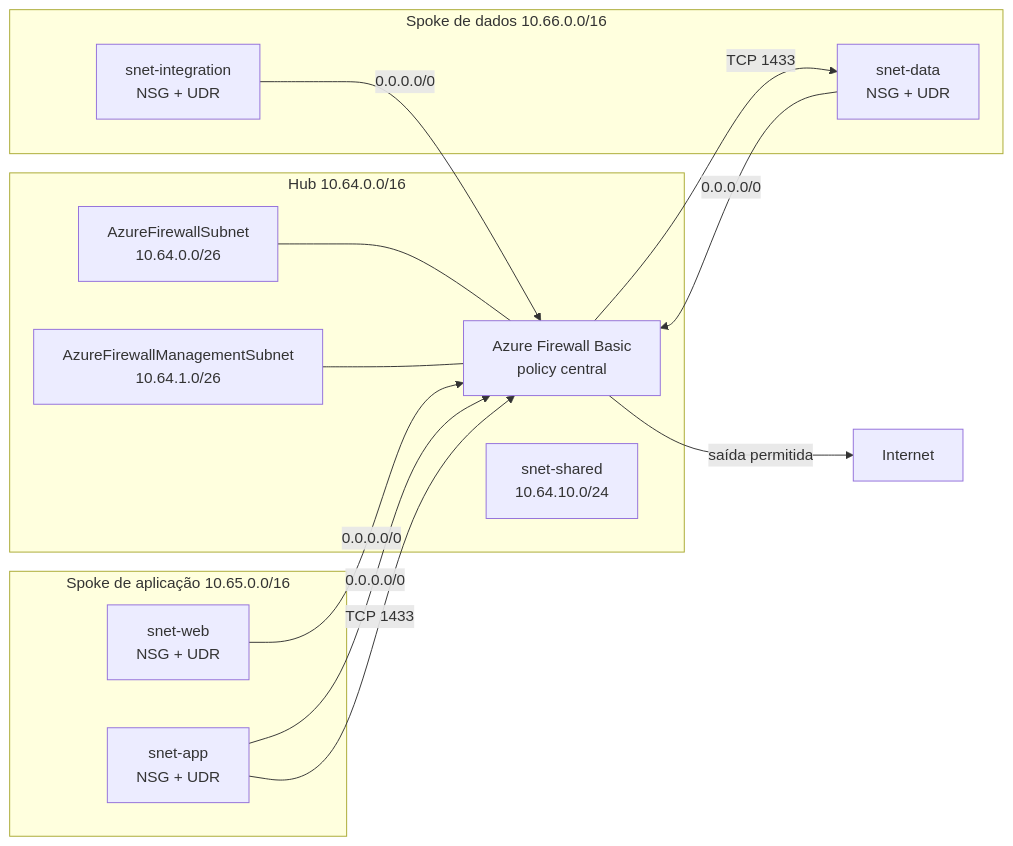
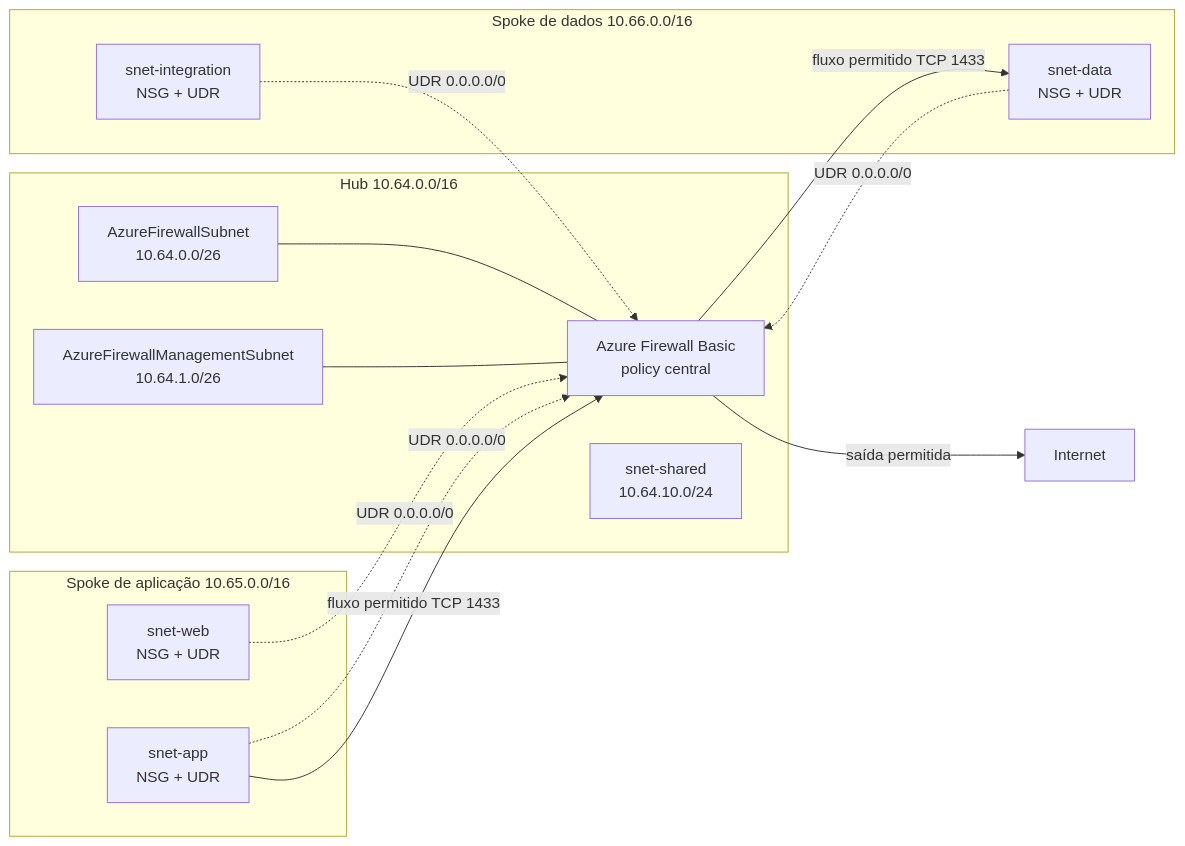
The diagram in src/content/posts/pt-br/rede-hub-and-spoke-azure-terraform-parte-3.md (tkusal/rookieops.dev), drawn with Mermaid before and after one commit. The commit also changed other lines of this file and 2 other files, not shown here.

````diff
--- a/src/content/posts/pt-br/rede-hub-and-spoke-azure-terraform-parte-3.md
+++ b/src/content/posts/pt-br/rede-hub-and-spoke-azure-terraform-parte-3.md
@@ -38,31 +38,31 @@
 ```mermaid
 flowchart LR
   I["Internet"]
 
   subgraph HUB["Hub 10.64.0.0/16"]
     AFW["Azure Firewall Basic<br/>policy central"]
     AFS["AzureFirewallSubnet<br/>10.64.0.0/26"]
     AFM["AzureFirewallManagementSubnet<br/>10.64.1.0/26"]
     SH["snet-shared<br/>10.64.10.0/24"]
     AFS --- AFW
     AFM --- AFW
   end
 
   subgraph APP["Spoke de aplicação 10.65.0.0/16"]
     WEB["snet-web<br/>NSG + UDR"]
     API["snet-app<br/>NSG + UDR"]
   end
 
   subgraph DATA["Spoke de dados 10.66.0.0/16"]
     DB["snet-data<br/>NSG + UDR"]
     INT["snet-integration<br/>NSG + UDR"]
   end
 
-  WEB -->|"0.0.0.0/0"| AFW
-  API -->|"0.0.0.0/0"| AFW
-  DB -->|"0.0.0.0/0"| AFW
-  INT -->|"0.0.0.0/0"| AFW
+  WEB -.->|"UDR 0.0.0.0/0"| AFW
+  API -.->|"UDR 0.0.0.0/0"| AFW
+  DB -.->|"UDR 0.0.0.0/0"| AFW
+  INT -.->|"UDR 0.0.0.0/0"| AFW
   AFW -->|"saída permitida"| I
-  API -->|"TCP 1433"| AFW
-  AFW -->|"TCP 1433"| DB
+  API -->|"fluxo permitido TCP 1433"| AFW
+  AFW -->|"fluxo permitido TCP 1433"| DB
 ```
````
